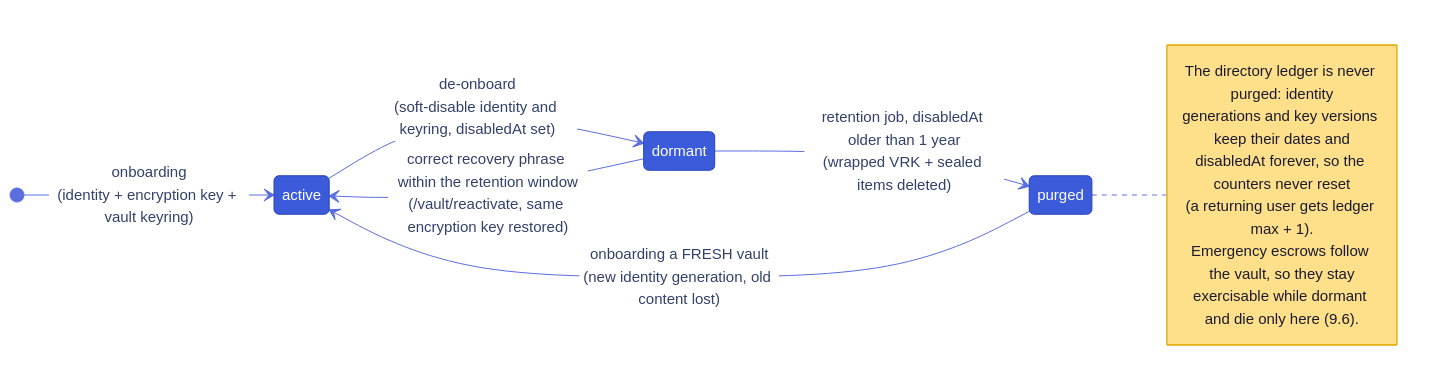
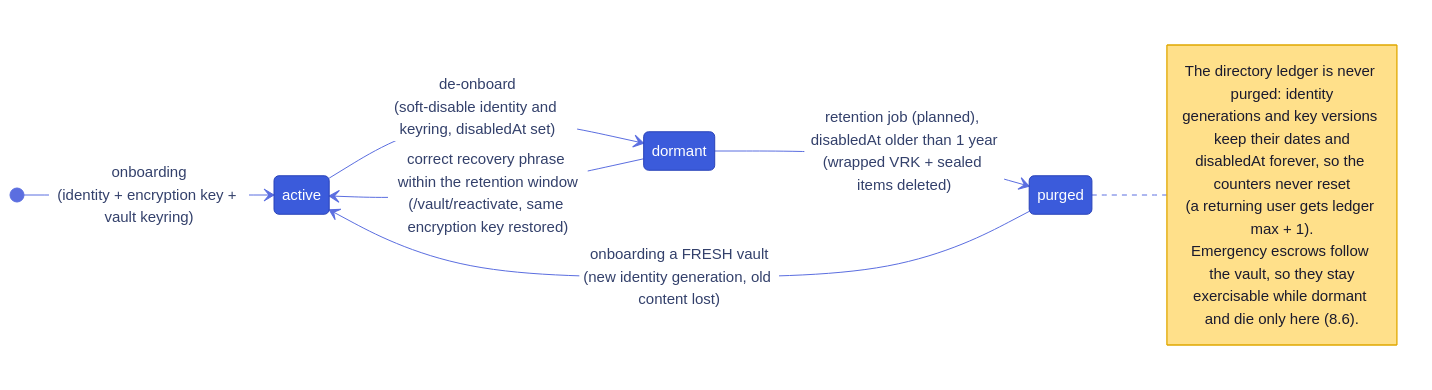
Diagram 17 of 23 in architecture.md (suitenumerique/encryption), drawn with Mermaid before and after one commit. The commit also changed other lines of this file and 12 other files, not shown here.

````diff
--- a/architecture.md
+++ b/architecture.md
@@ -1131,18 +1165,18 @@
 ```mermaid
-%%{init: {'theme':'base','themeVariables':{'fontSize':'15px','primaryColor':'#3b5bdb','primaryTextColor':'#fff','primaryBorderColor':'#2942b8','lineColor':'#5b6ee0','tertiaryColor':'#fff','labelBackgroundColor':'#ffffff','edgeLabelBackground':'#ffffff','transitionColor':'#5b6ee0','transitionLabelColor':'#33406b','noteBkgColor':'#ffe08a','noteTextColor':'#1a1a2e','noteBorderColor':'#e0a800'},'themeCSS':'.edgeLabel p{background-color:#fff;padding:4px 10px;border-radius:5px;margin:0;} .edgeLabel .labelBkg{background:transparent;} .statediagram-state .nodeLabel p{font-size:15px;padding:5px 12px;margin:0;}','stateDiagram':{'nodeSpacing':70,'rankSpacing':110,'padding':14,'useMaxWidth':true}}}%%
+%%{init: {'theme':'base','look':'classic','themeVariables':{'fontSize':'15px','primaryColor':'#3b5bdb','primaryTextColor':'#fff','primaryBorderColor':'#2942b8','lineColor':'#5b6ee0','tertiaryColor':'#fff','labelBackgroundColor':'#ffffff','edgeLabelBackground':'#ffffff','transitionColor':'#5b6ee0','transitionLabelColor':'#33406b','noteBkgColor':'#ffe08a','noteTextColor':'#1a1a2e','noteBorderColor':'#e0a800'},'themeCSS':'.edgeLabel p{background-color:#fff;padding:4px 10px;border-radius:5px;margin:0;} .edgeLabel .labelBkg{background:transparent;} .statediagram-state .nodeLabel p{font-size:15px;padding:5px 12px;margin:0;}','stateDiagram':{'nodeSpacing':70,'rankSpacing':110,'padding':14,'useMaxWidth':true}}}%%
 stateDiagram-v2
   direction LR
   [*] --> active: onboarding<br/>(identity + encryption key + vault keyring)
   active --> dormant: de-onboard<br/>(soft-disable identity and keyring, disabledAt set)
   dormant --> active: correct recovery phrase within the retention window<br/>(/vault/reactivate, same encryption key restored)
-  dormant --> purged: retention job, disabledAt older than 1 year<br/>(wrapped VRK + sealed items deleted)
+  dormant --> purged: retention job (planned), disabledAt older than 1 year<br/>(wrapped VRK + sealed items deleted)
   purged --> active: onboarding a FRESH vault<br/>(new identity generation, old content lost)
   note right of purged
     The directory ledger is never purged: identity
     generations and key versions keep their dates and
     disabledAt forever, so the counters never reset
     (a returning user gets ledger max + 1).
     Emergency escrows follow the vault, so they stay
-    exercisable while dormant and die only here (9.6).
+    exercisable while dormant and die only here (8.6).
   end note
 ```
````
